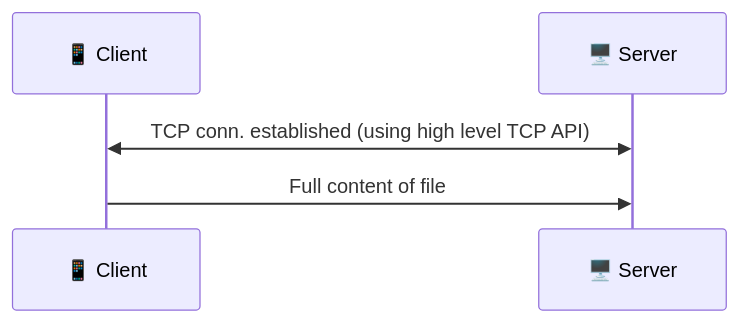
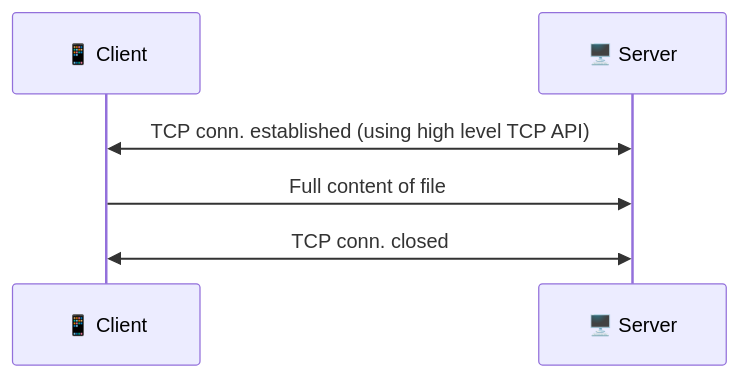
The diagram in Program-01-HardCoded/README.md (ajinspiro/HelloNetwork), drawn with Mermaid before and after one commit.

````diff
--- a/Program-01-HardCoded/README.md
+++ b/Program-01-HardCoded/README.md
@@ -4,8 +4,9 @@
 ```mermaid
 sequenceDiagram
     participant Client as 📱 Client
     participant Server as 🖥️ Server
 
 Client<<->>Server:TCP conn. established (using high level TCP API)
 Client->>Server:Full content of file
+Client<<->>Server:TCP conn. closed
 ```
````
